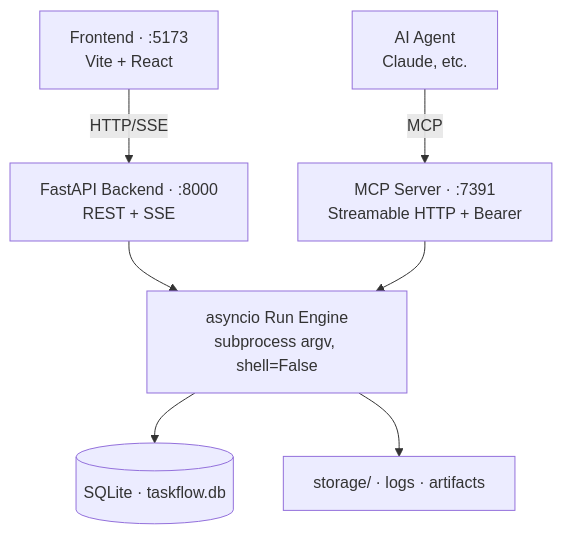
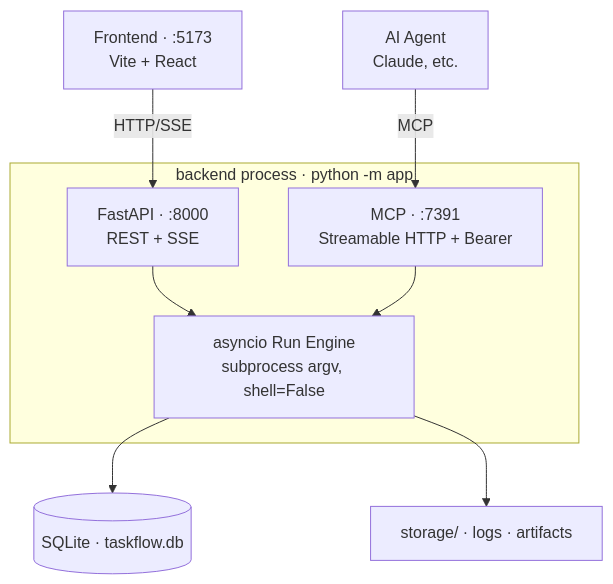
The diagram in README.en.md (kaq6822/taskflow-mcp-server), drawn with Mermaid before and after one commit. The commit also changed other lines of this file and 27 other files, not shown here.

First line of the commit message:
refactor: REST API와 MCP를 한 프로세스(python -m app)로 통합 (#28)

````diff
--- a/README.en.md
+++ b/README.en.md
@@ -15,17 +15,19 @@
 ```mermaid
 flowchart TB
     Agent[AI Agent<br/>Claude, etc.]
     UI[Frontend · :5173<br/>Vite + React]
-    API[FastAPI Backend · :8000<br/>REST + SSE]
-    MCP[MCP Server · :7391<br/>Streamable HTTP + Bearer]
-    ENG[asyncio Run Engine<br/>subprocess argv, shell=False]
+    subgraph BE[backend process · python -m app]
+        API[FastAPI · :8000<br/>REST + SSE]
+        MCP[MCP · :7391<br/>Streamable HTTP + Bearer]
+        ENG[asyncio Run Engine<br/>subprocess argv, shell=False]
+    end
     DB[(SQLite · taskflow.db)]
     FS[storage/ · logs · artifacts]
 
     UI -- HTTP/SSE --> API
     Agent -- MCP --> MCP
     API --> ENG
     MCP --> ENG
     ENG --> DB
     ENG --> FS
 ```
````
